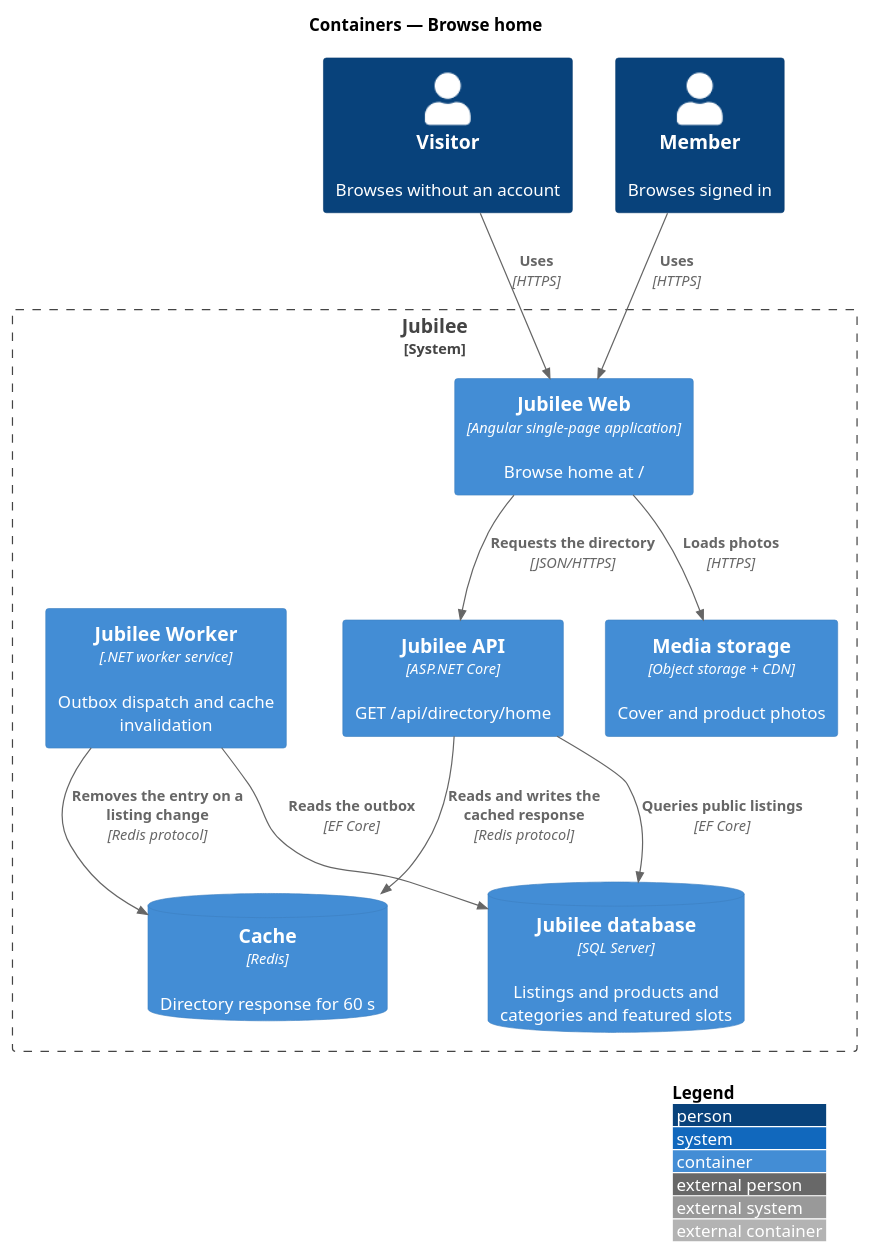
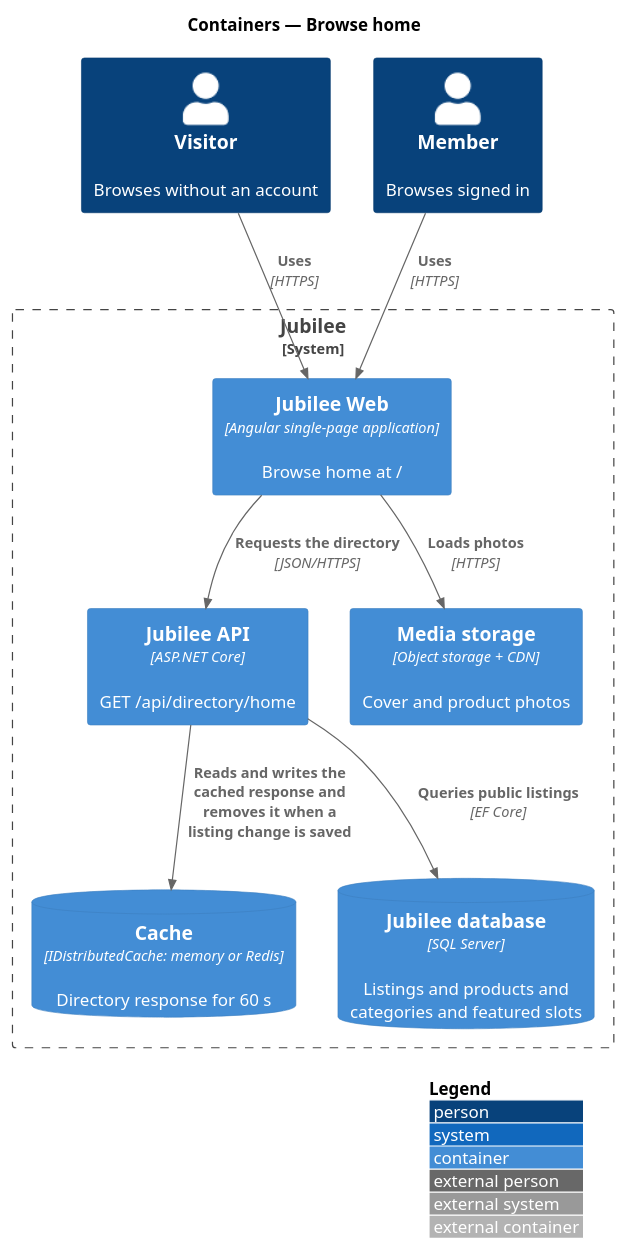
Before and after one commit to QuinntyneBrown/jubilee: the diagram in docs/detailed-designs/directory/browse-home/diagrams/c4-container.puml, drawn with PlantUML. The commit also changed 25 other files, not shown here.

First line of the commit message:
Directory cache: the SaveChanges interceptor is the designed path (ADR 0003)

```diff
--- a/docs/detailed-designs/directory/browse-home/diagrams/c4-container.puml
+++ b/docs/detailed-designs/directory/browse-home/diagrams/c4-container.puml
@@ -1,25 +1,22 @@
 @startuml
 !include <C4/C4_Container>
 LAYOUT_WITH_LEGEND()
 title Containers — Browse home
 
 
 Person(visitor, "Visitor", "Browses without an account")
 Person(member, "Member", "Browses signed in")
 System_Boundary(jubilee, "Jubilee") {
   Container(web, "Jubilee Web", "Angular single-page application", "Browse home at /")
   Container(api, "Jubilee API", "ASP.NET Core", "GET /api/directory/home")
-  Container(worker, "Jubilee Worker", ".NET worker service", "Outbox dispatch and cache invalidation")
-  ContainerDb(cache, "Cache", "Redis", "Directory response for 60 s")
+  ContainerDb(cache, "Cache", "IDistributedCache: memory or Redis", "Directory response for 60 s")
   ContainerDb(db, "Jubilee database", "SQL Server", "Listings and products and categories and featured slots")
   Container(media, "Media storage", "Object storage + CDN", "Cover and product photos")
 }
 Rel(visitor, web, "Uses", "HTTPS")
 Rel(member, web, "Uses", "HTTPS")
 Rel(web, api, "Requests the directory", "JSON/HTTPS")
 Rel(web, media, "Loads photos", "HTTPS")
-Rel(api, cache, "Reads and writes the cached response", "Redis protocol")
+Rel(api, cache, "Reads and writes the cached response and removes it when a listing change is saved")
 Rel(api, db, "Queries public listings", "EF Core")
-Rel(worker, db, "Reads the outbox", "EF Core")
-Rel(worker, cache, "Removes the entry on a listing change", "Redis protocol")
 @enduml
```
